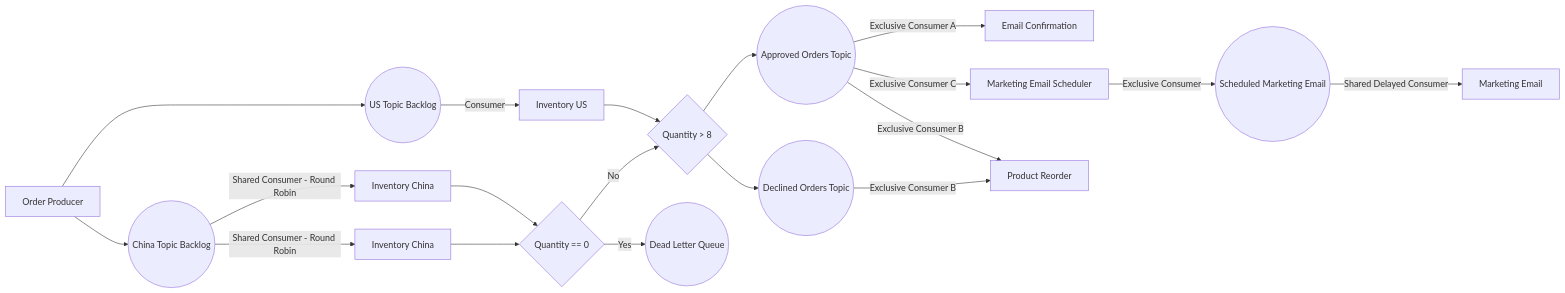
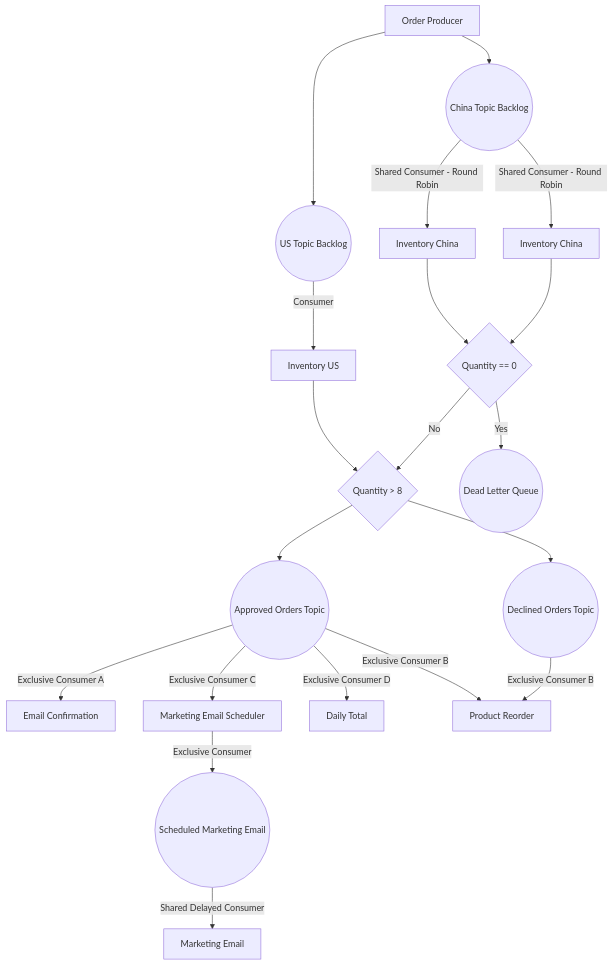
Before and after one commit to Filipe1986/pulsar: the first of 2 diagrams in PulsarClassFiles/Developer-Training/README.md, drawn with Mermaid. The commit also changed 5 other files, not shown here.

Commit message:
Add daily total consumer

````diff
--- a/PulsarClassFiles/Developer-Training/README.md
+++ b/PulsarClassFiles/Developer-Training/README.md
@@ -4,28 +4,29 @@
 ```mermaid
-graph LR;
+graph TD;
     OrderProducer[Order Producer] -->  BackLogChina((China Topic Backlog))
     OrderProducer[Order Producer] -->  BackLogUS((US Topic Backlog))
 
     BackLogChina((China Topic Backlog)) --> |Shared Consumer - Round Robin| InventoryChinaA[Inventory China]
     BackLogChina((China Topic Backlog)) --> |Shared Consumer - Round Robin| InventoryChinaB[Inventory China]
     BackLogUS((US Topic Backlog)) --> |Consumer| InventoryUS[Inventory US]
 
     InventoryUS --> isBiggerThan8{Quantity > 8}
 
     InventoryChinaA --> isInvalid{Quantity == 0}
     InventoryChinaB --> isInvalid
     
     isInvalid --> |No| isBiggerThan8
     isInvalid --> |Yes| DLQ((Dead Letter Queue))
 
     isBiggerThan8 --> Approved((Approved Orders Topic))
     isBiggerThan8 --> Declined((Declined Orders Topic))
 
     Approved --> |Exclusive Consumer A| EmailConfirmation[Email Confirmation]
     Approved --> |Exclusive Consumer C| MarketingEmailScheduler[Marketing Email Scheduler ]
+    Approved --> |Exclusive Consumer D| DailyTotal[Daily Total]
 
     Approved --> |Exclusive Consumer B| ProductReorder[Product Reorder]
     Declined --> |Exclusive Consumer B| ProductReorder[Product Reorder]
     MarketingEmailScheduler --> |Exclusive Consumer| ScheduledMarketingEmail((Scheduled Marketing Email))
     ScheduledMarketingEmail --> |Shared Delayed Consumer| MarketingEmail[Marketing Email]
 ```
````
